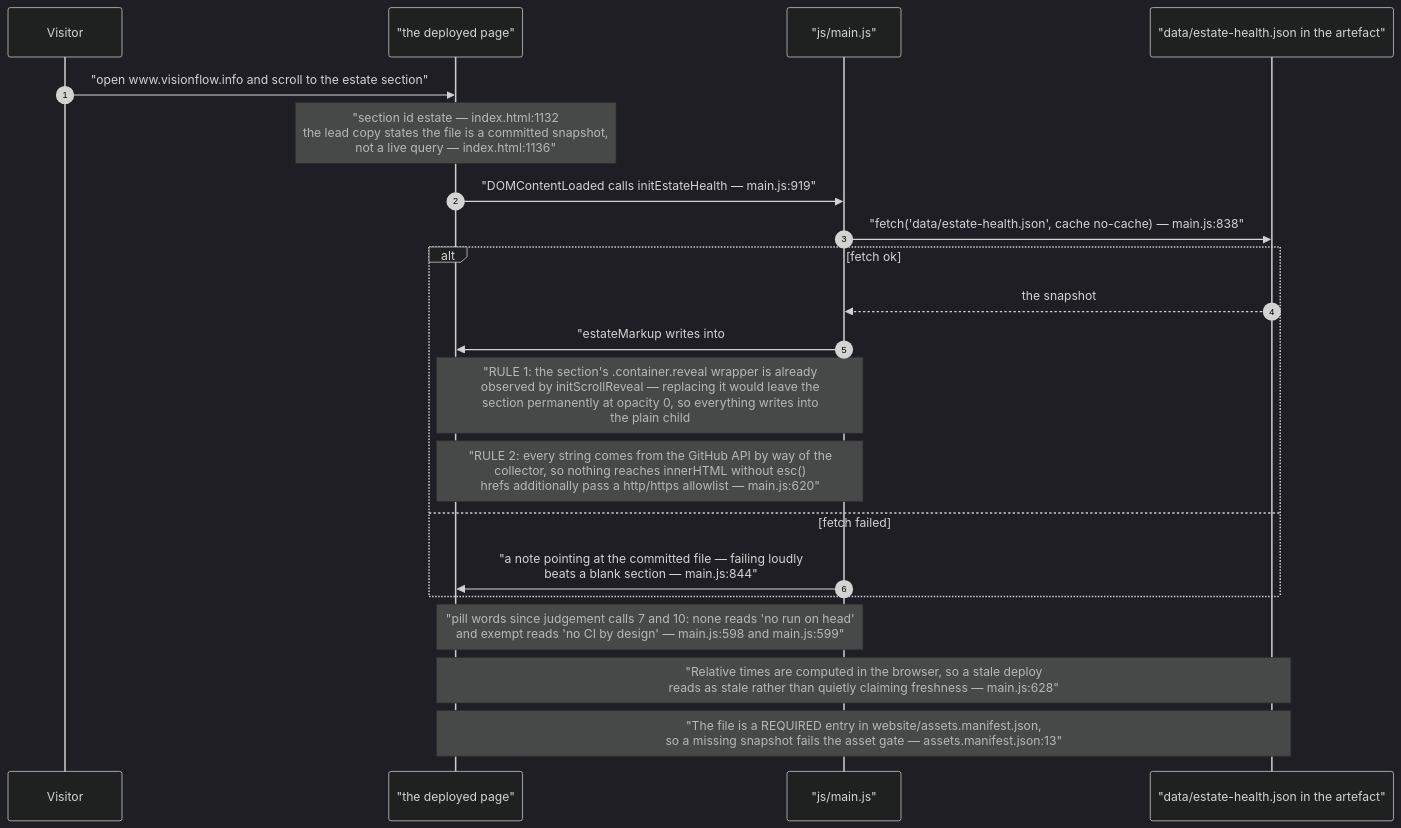
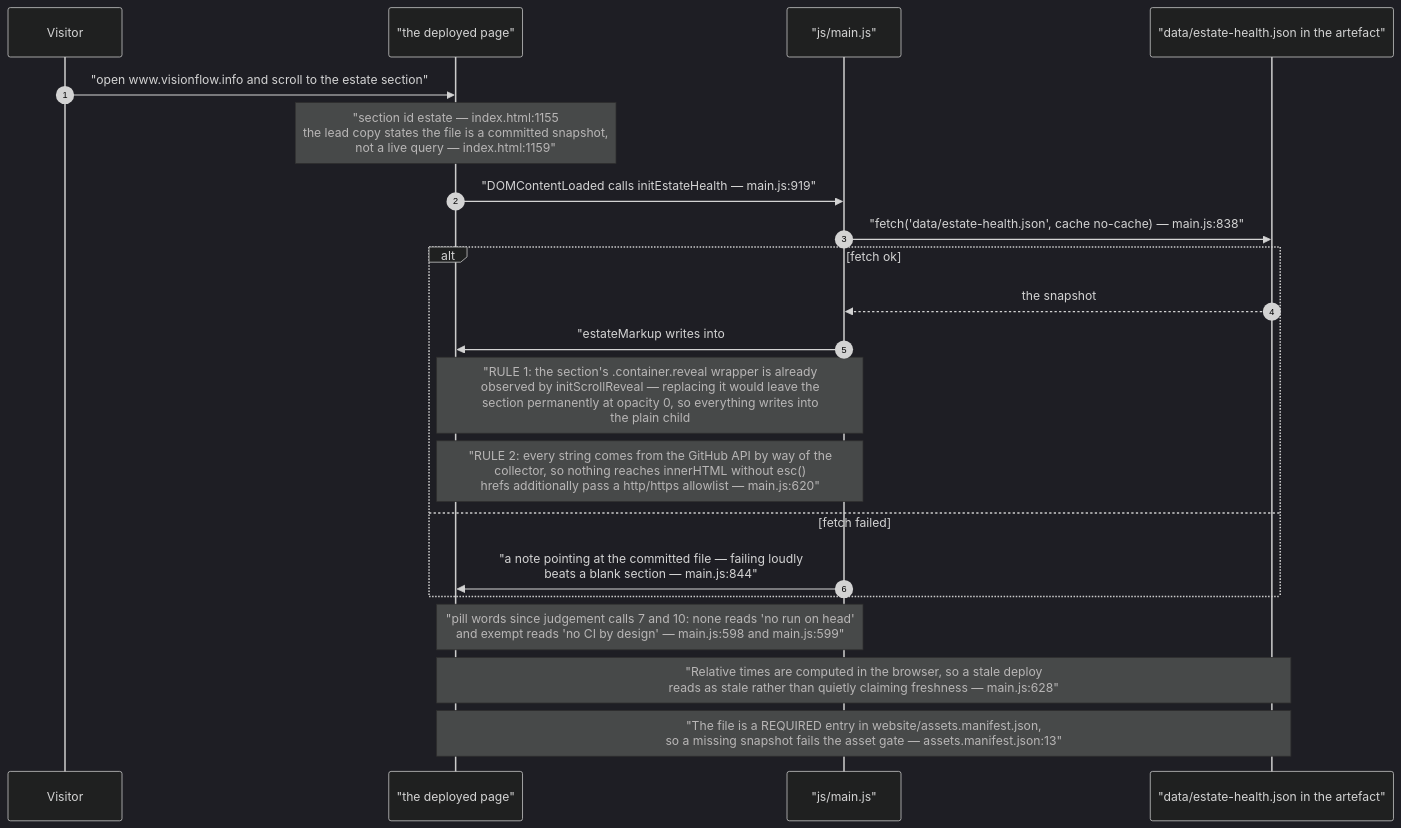
One commit to DreamLab-AI/VisionFlow changed the eighth of 9 diagrams in docs/diagrams/visionflow/03-estate-health.md. Above: the diagram before and after it, drawn with Mermaid (dark theme). The commit also changed other lines of this file and 160 other files, not shown here.

````diff
--- a/docs/diagrams/visionflow/03-estate-health.md
+++ b/docs/diagrams/visionflow/03-estate-health.md
@@ -252,24 +256,24 @@
 ```mermaid
 sequenceDiagram
     autonumber
     participant V as Visitor
     participant P as "the deployed page"
     participant M as "js/main.js"
     participant F as "data/estate-health.json in the artefact"
 
     V->>P: "open www.visionflow.info and scroll to the estate section"
-    Note over P: "section id estate — index.html:1132<br/>the lead copy states the file is a committed snapshot,<br/>not a live query — index.html:1136"
+    Note over P: "section id estate — index.html:1155<br/>the lead copy states the file is a committed snapshot,<br/>not a live query — index.html:1159"
     P->>M: "DOMContentLoaded calls initEstateHealth — main.js:919"
     M->>F: "fetch('data/estate-health.json', cache no-cache) — main.js:838"
     alt fetch ok
         F-->>M: the snapshot
         M->>P: "estateMarkup writes into #estate-body — main.js:841"
         Note over M,P: "RULE 1: the section's .container.reveal wrapper is already<br/>observed by initScrollReveal — replacing it would leave the<br/>section permanently at opacity 0, so everything writes into<br/>the plain child #estate-body — main.js:587"
         Note over M,P: "RULE 2: every string comes from the GitHub API by way of the<br/>collector, so nothing reaches innerHTML without esc()<br/>hrefs additionally pass a http/https allowlist — main.js:620"
     else fetch failed
         M->>P: "a note pointing at the committed file — failing loudly<br/>beats a blank section — main.js:844"
     end
     Note over M,P: "pill words since judgement calls 7 and 10: none reads 'no run on head'<br/>and exempt reads 'no CI by design' — main.js:598 and main.js:599"
     Note over P,F: "Relative times are computed in the browser, so a stale deploy<br/>reads as stale rather than quietly claiming freshness — main.js:628"
     Note over P,F: "The file is a REQUIRED entry in website/assets.manifest.json,<br/>so a missing snapshot fails the asset gate — assets.manifest.json:13"
 ```
````
